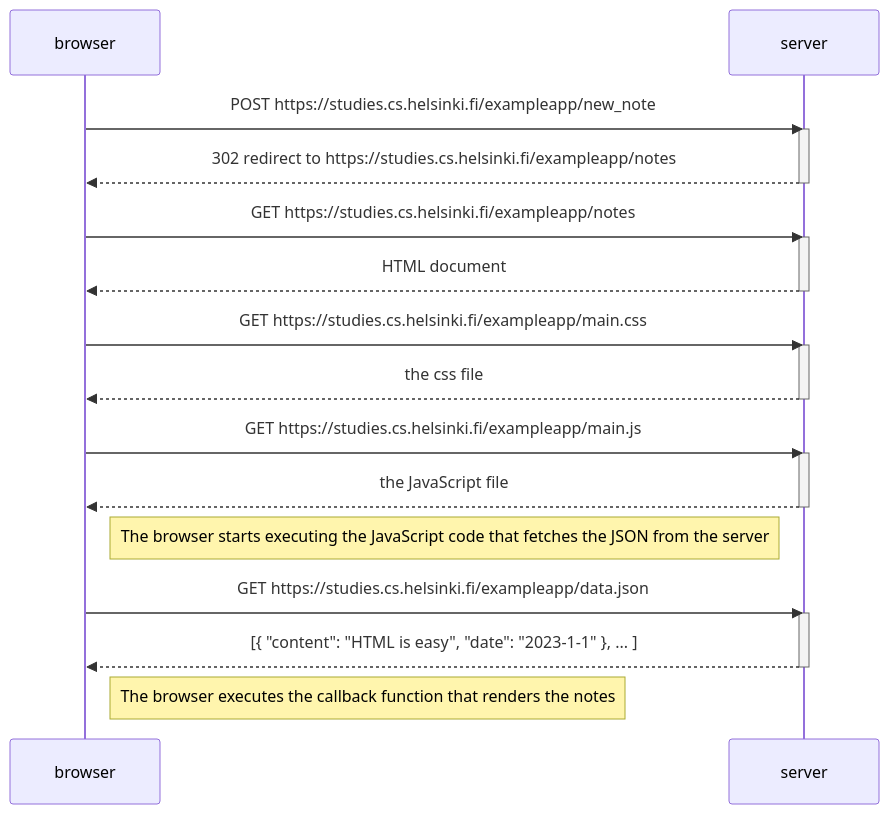
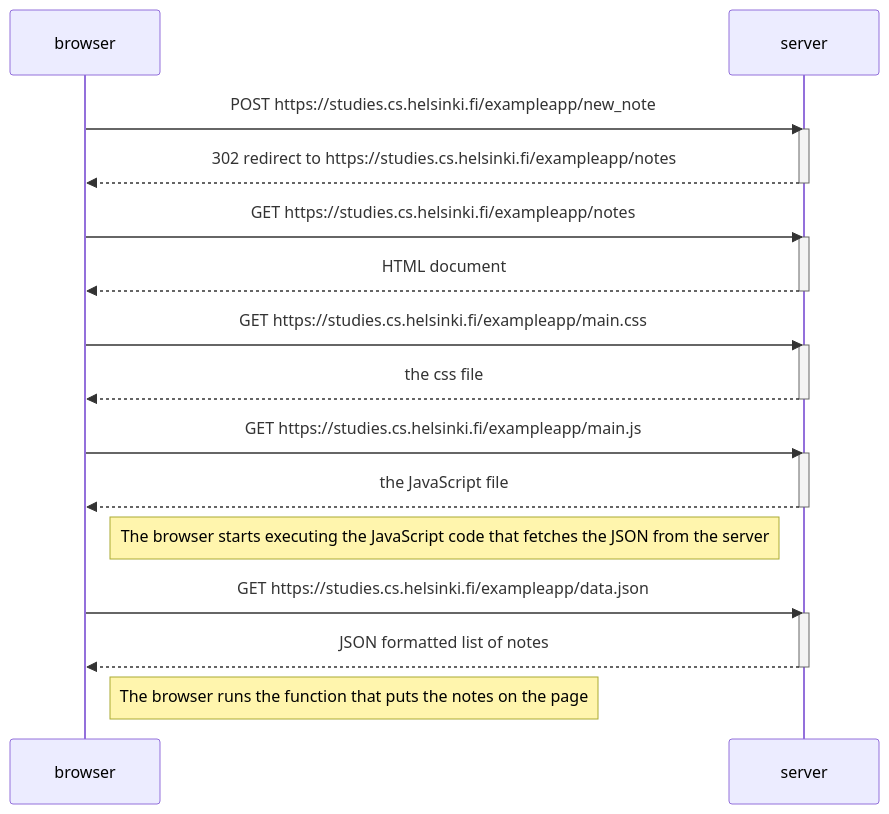
Before and after one commit to justus-the-pegasus/fullstackopen: the diagram in part0/exercise0.4.md, drawn with Mermaid. The commit also changed 1 other file, not shown here.

Commit message:
updated notes

````diff
--- a/part0/exercise0.4.md
+++ b/part0/exercise0.4.md
@@ -1,34 +1,34 @@
 ```mermaid
 sequenceDiagram
     participant browser
     participant server
 
     browser->>server: POST https://studies.cs.helsinki.fi/exampleapp/new_note
     activate server
     server-->>browser: 302 redirect to https://studies.cs.helsinki.fi/exampleapp/notes
     deactivate server
 
     browser->>server: GET https://studies.cs.helsinki.fi/exampleapp/notes
     activate server
     server-->>browser: HTML document
     deactivate server
 
     browser->>server: GET https://studies.cs.helsinki.fi/exampleapp/main.css
     activate server
     server-->>browser: the css file
     deactivate server
 
     browser->>server: GET https://studies.cs.helsinki.fi/exampleapp/main.js
     activate server
     server-->>browser: the JavaScript file
     deactivate server
 
     Note right of browser: The browser starts executing the JavaScript code that fetches the JSON from the server
 
     browser->>server: GET https://studies.cs.helsinki.fi/exampleapp/data.json
     activate server
-    server-->>browser: [{ "content": "HTML is easy", "date": "2023-1-1" }, ... ]
+    server-->>browser: JSON formatted list of notes
     deactivate server
 
-    Note right of browser: The browser executes the callback function that renders the notes
+    Note right of browser: The browser runs the function that puts the notes on the page
 ```
````
